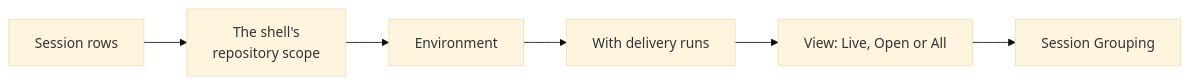
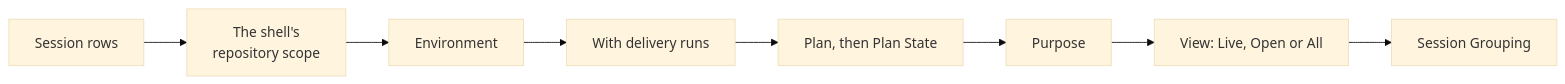
Before and after one commit to JSdotNet/Backlog: the second of 3 diagrams in .devbook/domain/sessions/domain.md, drawn with Mermaid (base theme). The commit also changed other lines of this file and 10 other files, not shown here.

First line of the commit message:
feat(sessions): read session-title prefixes into purpose badges, filters and plan grouping

````diff
--- a/.devbook/domain/sessions/domain.md
+++ b/.devbook/domain/sessions/domain.md
@@ -992,8 +1065,10 @@
 ```mermaid
 flowchart LR
     A[Session rows] --> B[The shell's<br/>repository scope]
     B --> C[Environment]
     C --> D[With delivery runs]
-    D --> E[View: Live, Open or All]
+    D --> G[Plan, then Plan State]
+    G --> H[Purpose]
+    H --> E[View: Live, Open or All]
     E --> F[Session Grouping]
 ```
````
